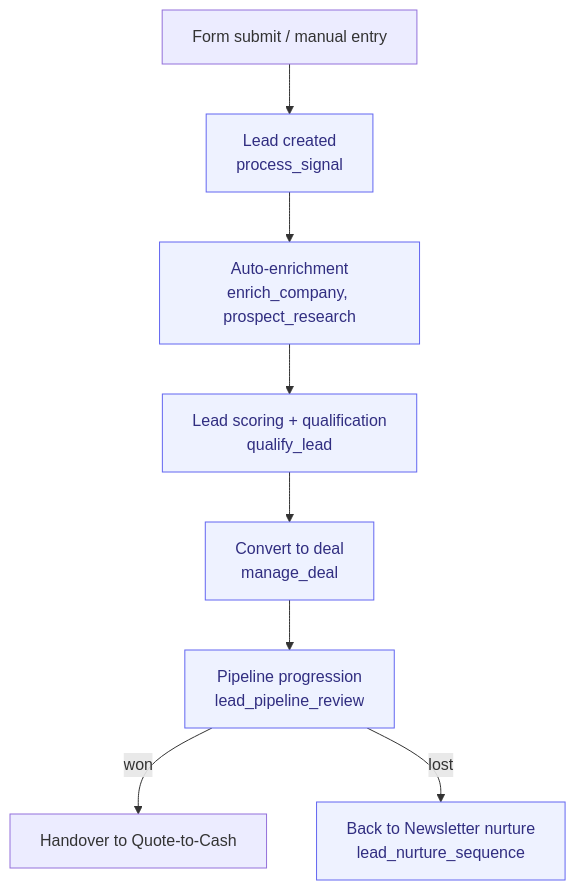
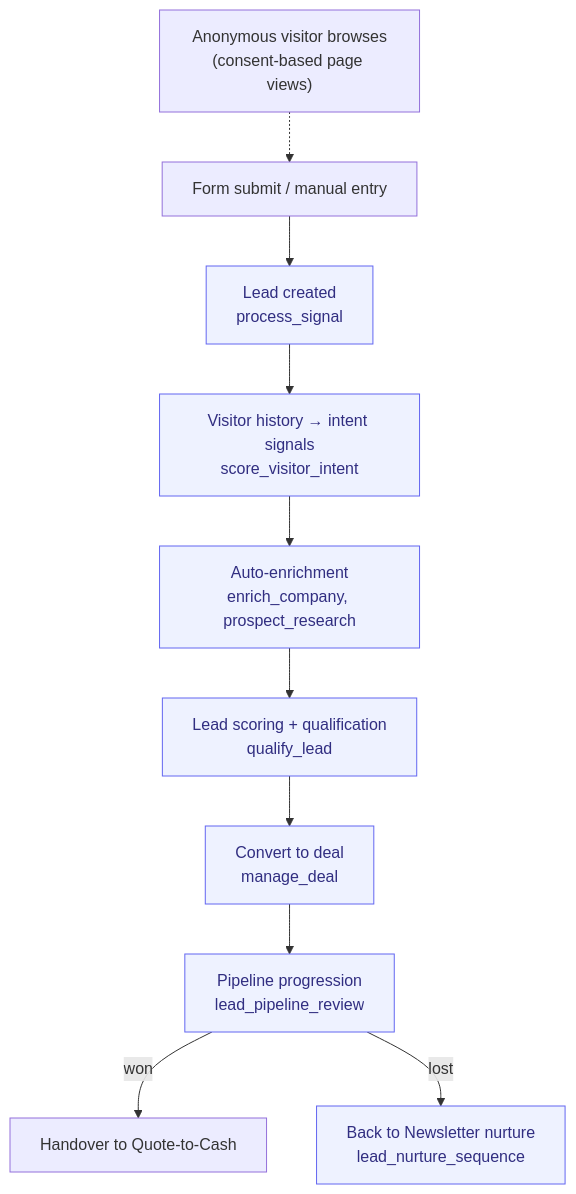
The diagram in docs/processes/lead-to-customer.md (magnusfroste/flowwink), drawn with Mermaid before and after one commit. The commit also changed other lines of this file and 1 other file, not shown here.

Commit message:
docs(processes): home visitor intelligence in Lead-to-Customer + Content-to-Conversion
The returning-visitor scoring (cookie consent → page views → intent
signals on identify) is lead scoring, so its canonical home is
Lead-to-Customer: new module row, flow step (score_visitor_intent after
lead creation), and agent-coverage row. Content-to-Conversion gets the
top-of-funnel cross-reference — the anonymous journey it generates is
what becomes scoring signal at identification.

Claude-Session: https://claude.ai/code/session_01EumPY2oP7T3tJ49PHyDvS5

````diff
--- a/docs/processes/lead-to-customer.md
+++ b/docs/processes/lead-to-customer.md
@@ -27,13 +28,15 @@
 ```mermaid
 flowchart TD
+    V["Anonymous visitor browses<br/>(consent-based page views)"] -.-> A
     A["Form submit / manual entry"] --> B["Lead created<br/>process_signal"]
-    B --> C["Auto-enrichment<br/>enrich_company, prospect_research"]
+    B --> B2["Visitor history → intent signals<br/>score_visitor_intent"]
+    B2 --> C["Auto-enrichment<br/>enrich_company, prospect_research"]
     C --> D["Lead scoring + qualification<br/>qualify_lead"]
     D --> E["Convert to deal<br/>manage_deal"]
     E --> F["Pipeline progression<br/>lead_pipeline_review"]
     F -->|won| G["Handover to Quote-to-Cash"]
     F -->|lost| H["Back to Newsletter nurture<br/>lead_nurture_sequence"]
 
     classDef agent fill:#eef2ff,stroke:#6366f1,color:#312e81;
-    class B,C,D,E,F,H agent
+    class B,B2,C,D,E,F,H agent
 ```
````
